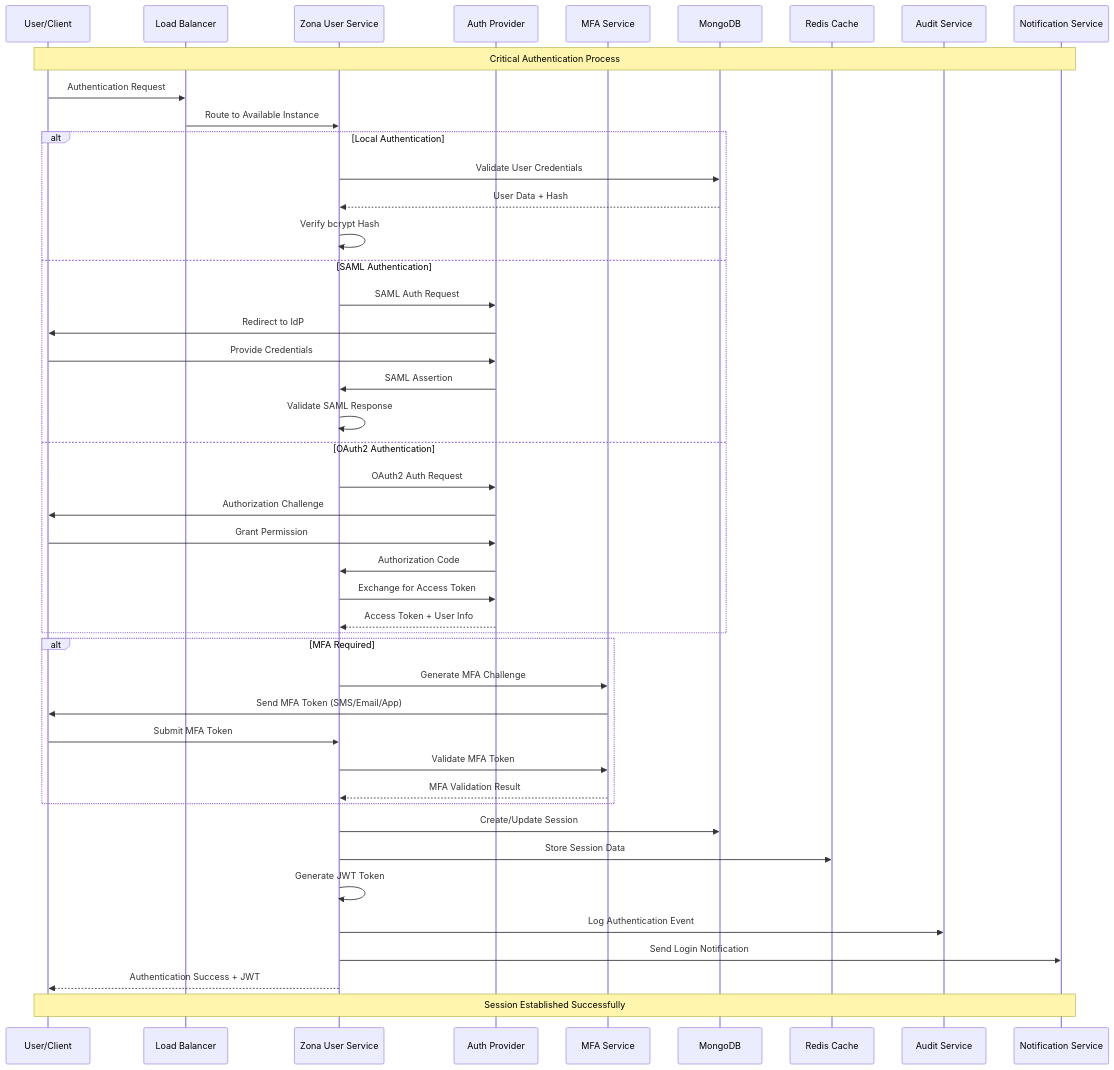
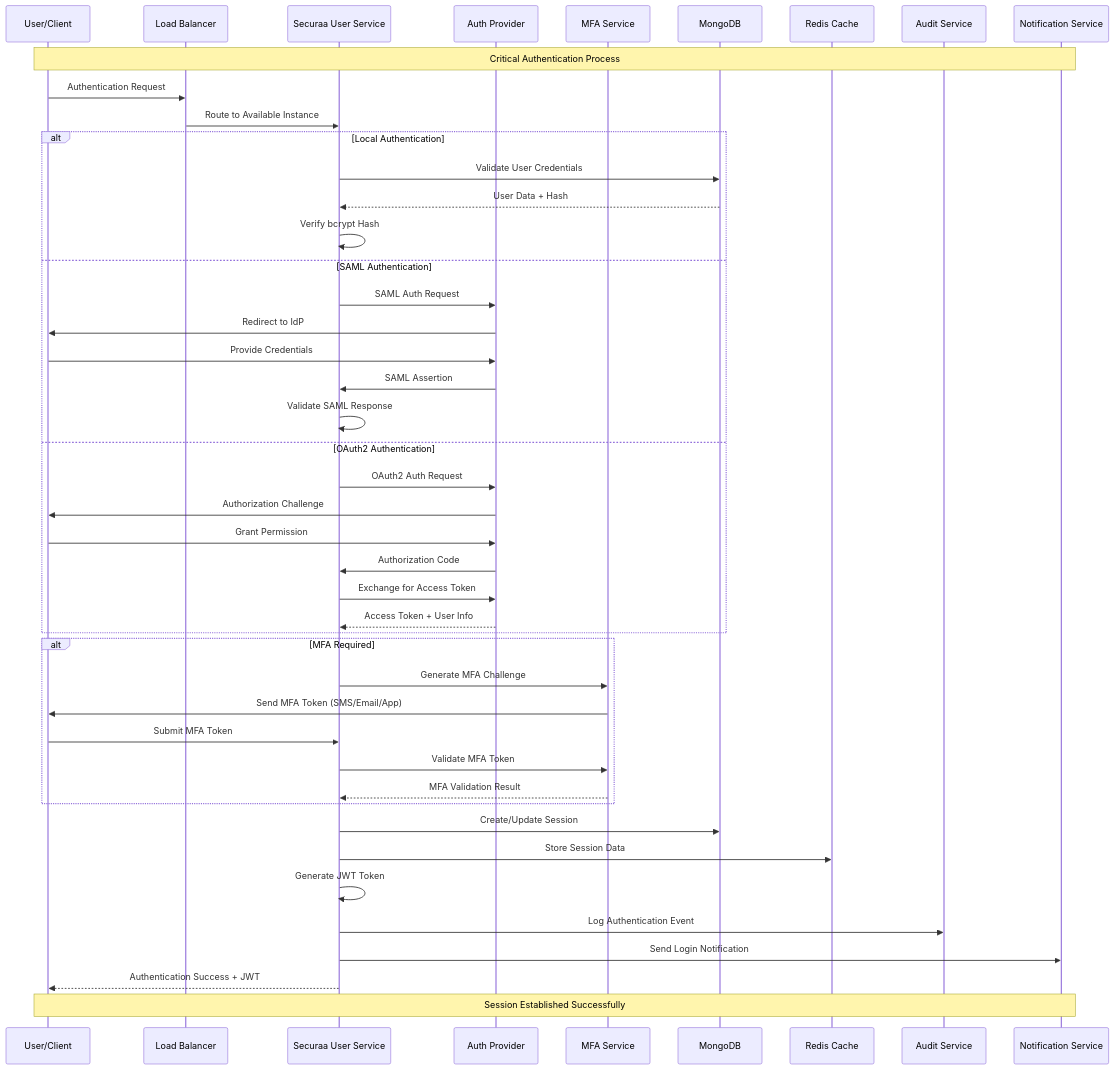
The fifth of 14 diagrams in securaa-user-high-level-design.md (Vishwa0220/securaa-internal-documents), drawn with Mermaid before and after one commit. The commit also changed other lines of this file and 20 other files, not shown here.

Commit message:
Replace HLD/LLD abbreviations with full names and update all zona references to securaa

````diff
--- a/securaa-user-high-level-design.md
+++ b/securaa-user-high-level-design.md
@@ -333,54 +333,54 @@
 ```mermaid
 sequenceDiagram
     participant U as User/Client
     participant LB as Load Balancer
-    participant ZUS as Zona User Service
+    participant ZUS as Securaa User Service
     participant AUTH as Auth Provider
     participant MFA as MFA Service
     participant DB as MongoDB
     participant CACHE as Redis Cache
     participant AUDIT as Audit Service
     participant NOTIFY as Notification Service
     
     Note over U,NOTIFY: Critical Authentication Process
     
     U->>LB: Authentication Request
     LB->>ZUS: Route to Available Instance
     
     alt Local Authentication
         ZUS->>DB: Validate User Credentials
         DB-->>ZUS: User Data + Hash
         ZUS->>ZUS: Verify bcrypt Hash
     else SAML Authentication
         ZUS->>AUTH: SAML Auth Request
         AUTH->>U: Redirect to IdP
         U->>AUTH: Provide Credentials
         AUTH->>ZUS: SAML Assertion
         ZUS->>ZUS: Validate SAML Response
     else OAuth2 Authentication
         ZUS->>AUTH: OAuth2 Auth Request
         AUTH->>U: Authorization Challenge
         U->>AUTH: Grant Permission
         AUTH->>ZUS: Authorization Code
         ZUS->>AUTH: Exchange for Access Token
         AUTH-->>ZUS: Access Token + User Info
     end
     
     alt MFA Required
         ZUS->>MFA: Generate MFA Challenge
         MFA->>U: Send MFA Token (SMS/Email/App)
         U->>ZUS: Submit MFA Token
         ZUS->>MFA: Validate MFA Token
         MFA-->>ZUS: MFA Validation Result
     end
     
     ZUS->>DB: Create/Update Session
     ZUS->>CACHE: Store Session Data
     ZUS->>ZUS: Generate JWT Token
     ZUS->>AUDIT: Log Authentication Event
     ZUS->>NOTIFY: Send Login Notification
     
     ZUS-->>U: Authentication Success + JWT
     
     Note over U,NOTIFY: Session Established Successfully
 ```
````
